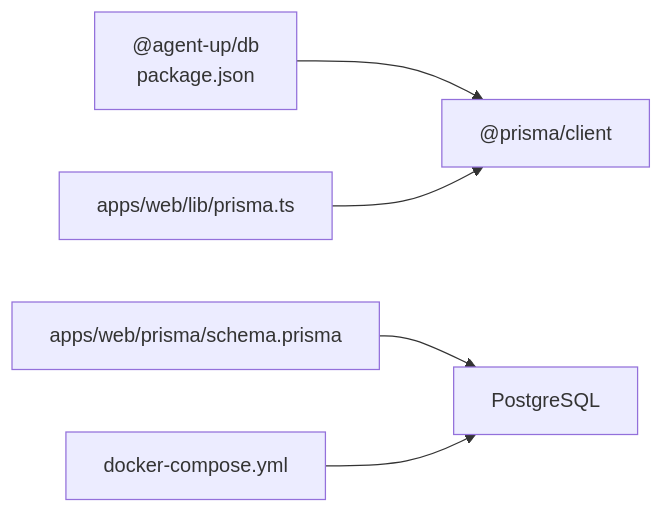
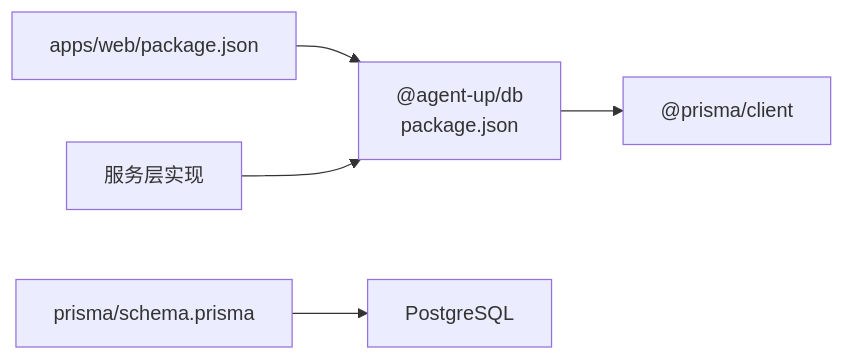
Before and after one commit to ai-guru-global/agent-up: the fourth of 4 diagrams in .qoder/repowiki/zh/content/共享包开发/Database Utilities 包.md, drawn with Mermaid. The commit also changed other lines of this file and 57 other files, not shown here.

````diff
--- a/.qoder/repowiki/zh/content/共享包开发/Database Utilities 包.md
+++ b/.qoder/repowiki/zh/content/共享包开发/Database Utilities 包.md
@@ -289,7 +289,7 @@
 ```mermaid
 graph LR
 PkgDB["@agent-up/db<br/>package.json"] --> PC["@prisma/client"]
-AppWeb["apps/web/lib/prisma.ts"] --> PC
-Schema["apps/web/prisma/schema.prisma"] --> PG["PostgreSQL"]
-DC["docker-compose.yml"] --> PG
+AppWeb["apps/web/package.json"] --> PkgDB
+Services["服务层实现"] --> PkgDB
+Schema["prisma/schema.prisma"] --> PG["PostgreSQL"]
 ```
````
